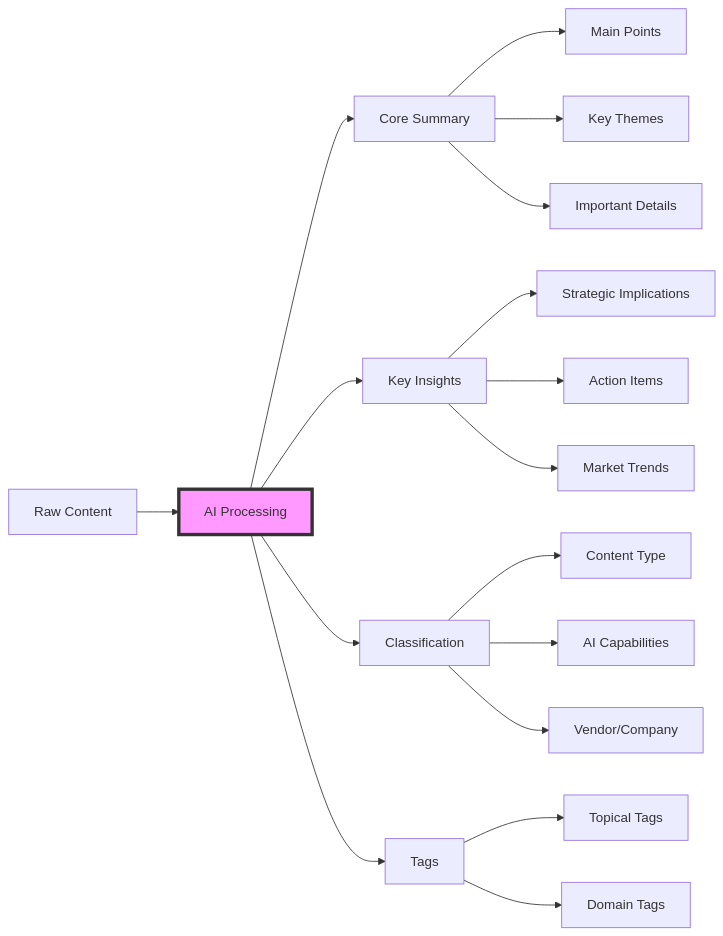
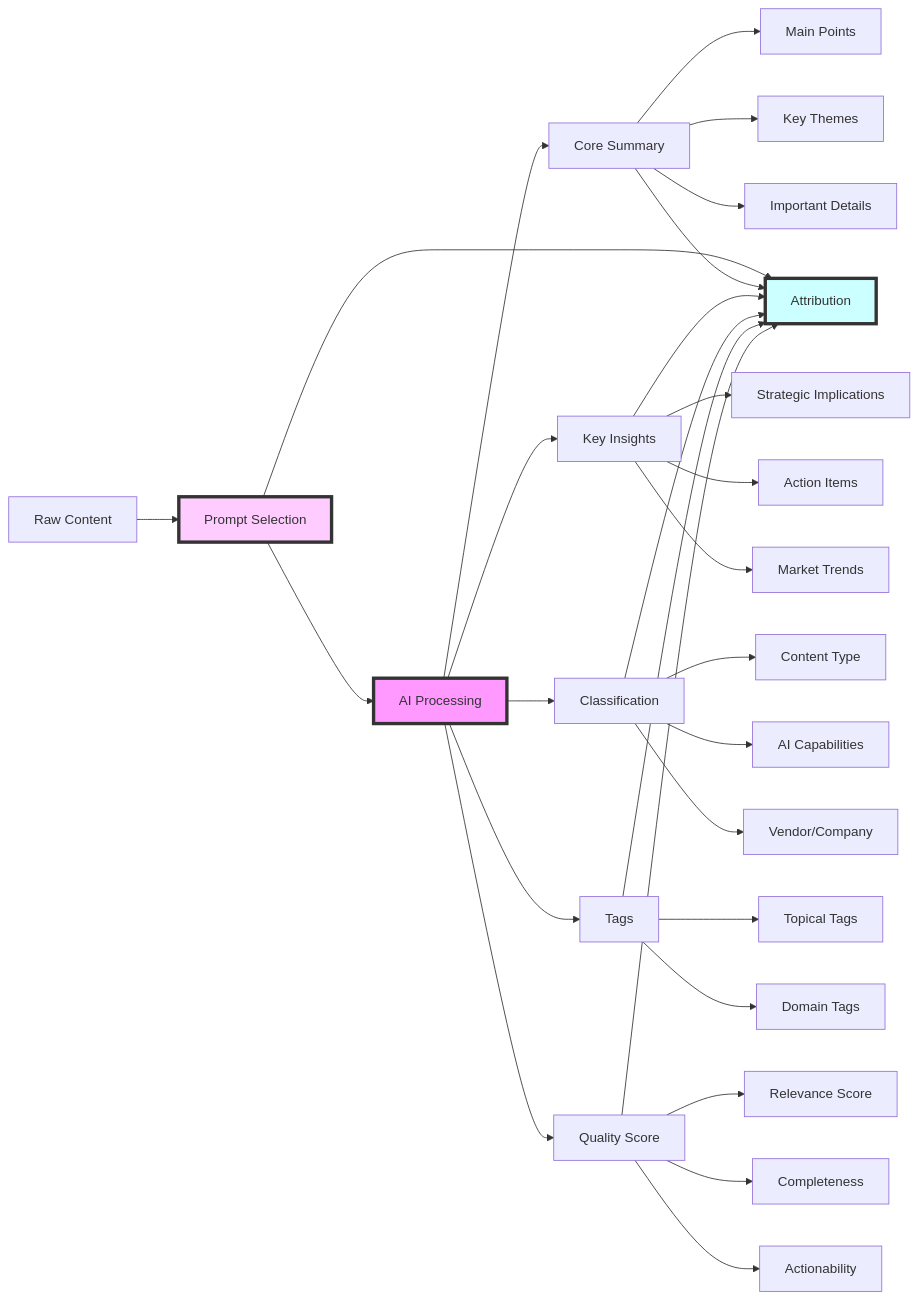
Before and after one commit to riverscornelson/knowledge-pipeline: the sixth of 9 diagrams in docs/guides/workflow-overview.md, drawn with Mermaid. The commit also changed other lines of this file and 11 other files, not shown here.

````diff
--- a/docs/guides/workflow-overview.md
+++ b/docs/guides/workflow-overview.md
@@ -162,25 +171,40 @@
 ```mermaid
 flowchart LR
-    A[Raw Content] --> B[AI Processing]
+    A[Raw Content] --> PS[Prompt Selection]
+    PS --> B[AI Processing]
     B --> C[Core Summary]
     B --> D[Key Insights]
     B --> E[Classification]
     B --> T[Tags]
+    B --> Q[Quality Score]
     
     C --> C1[Main Points]
     C --> C2[Key Themes]
     C --> C3[Important Details]
     
     D --> D1[Strategic Implications]
     D --> D2[Action Items]
     D --> D3[Market Trends]
     
     E --> E1[Content Type]
     E --> E2[AI Capabilities]
     E --> E3[Vendor/Company]
     
     T --> T1[Topical Tags]
     T --> T2[Domain Tags]
     
+    Q --> Q1[Relevance Score]
+    Q --> Q2[Completeness]
+    Q --> Q3[Actionability]
+    
+    PS --> AT[Attribution]
+    C --> AT
+    D --> AT
+    E --> AT
+    T --> AT
+    Q --> AT
+    
+    style PS fill:#fcf,stroke:#333,stroke-width:4px
     style B fill:#f9f,stroke:#333,stroke-width:4px
+    style AT fill:#cff,stroke:#333,stroke-width:4px
 ```
````
